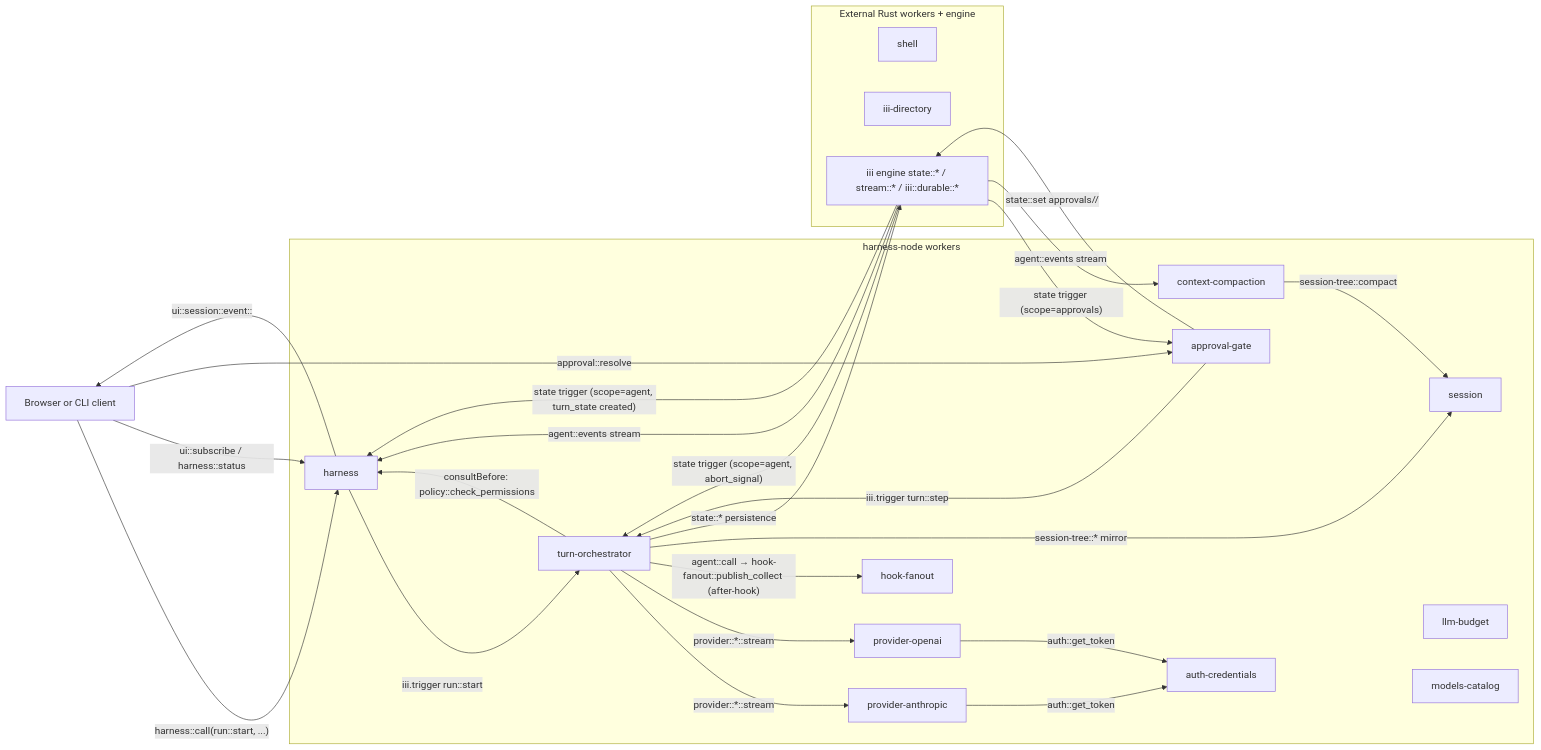
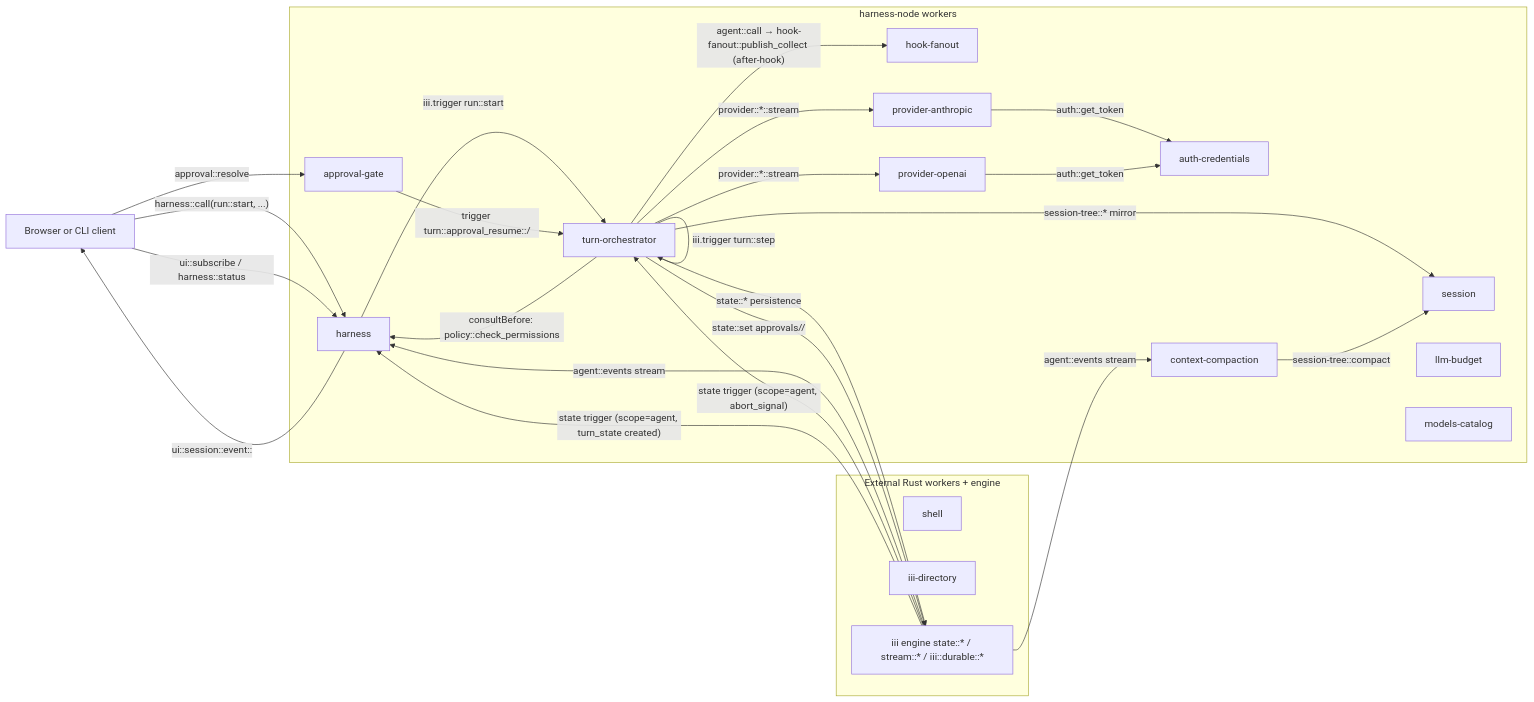
Before and after one commit to iii-hq/workers: the first of 5 diagrams in harness-node/docs/architecture.md, drawn with Mermaid. The commit also changed other lines of this file and 31 other files, not shown here.

````diff
--- a/harness-node/docs/architecture.md
+++ b/harness-node/docs/architecture.md
@@ -35,50 +35,50 @@
 ```mermaid
 flowchart LR
   client[Browser or CLI client]
 
   subgraph harnessNode [harness-node workers]
     harness[harness]
     turnOrch[turn-orchestrator]
     approval[approval-gate]
     session[session]
     budget[llm-budget]
     hook[hook-fanout]
     auth[auth-credentials]
     models[models-catalog]
     provAnth[provider-anthropic]
     provOAI[provider-openai]
     compact[context-compaction]
   end
 
   subgraph external [External Rust workers + engine]
     shell[shell]
     directory[iii-directory]
     state["iii engine state::* / stream::* / iii::durable::*"]
   end
 
   client -- "harness::call(run::start, ...)" --> harness
   harness -- "iii.trigger run::start" --> turnOrch
   client -- "ui::subscribe / harness::status" --> harness
 
   turnOrch -- "provider::*::stream" --> provAnth
   turnOrch -- "provider::*::stream" --> provOAI
   turnOrch -- "consultBefore: policy::check_permissions" --> harness
   turnOrch -- "agent::call → hook-fanout::publish_collect (after-hook)" --> hook
   turnOrch -- "session-tree::* mirror" --> session
   turnOrch -- "state::* persistence" --> state
 
   client -- "approval::resolve" --> approval
-  approval -- "state::set approvals/<sid>/<cid>" --> state
-  state -- "state trigger (scope=approvals)" --> approval
-  approval -- "iii.trigger turn::step" --> turnOrch
+  approval -- "trigger turn::approval_resume::<sid>/<cid>" --> turnOrch
+  turnOrch -- "state::set approvals/<sid>/<cid>" --> state
+  turnOrch -- "iii.trigger turn::step" --> turnOrch
 
   provAnth -- "auth::get_token" --> auth
   provOAI -- "auth::get_token" --> auth
 
   state -- "agent::events stream" --> harness
   state -- "agent::events stream" --> compact
   state -- "state trigger (scope=agent, abort_signal)" --> turnOrch
   state -- "state trigger (scope=agent, turn_state created)" --> harness
   harness -- "ui::session::event::<browser_id>" --> client
   compact -- "session-tree::compact" --> session
 ```
````
